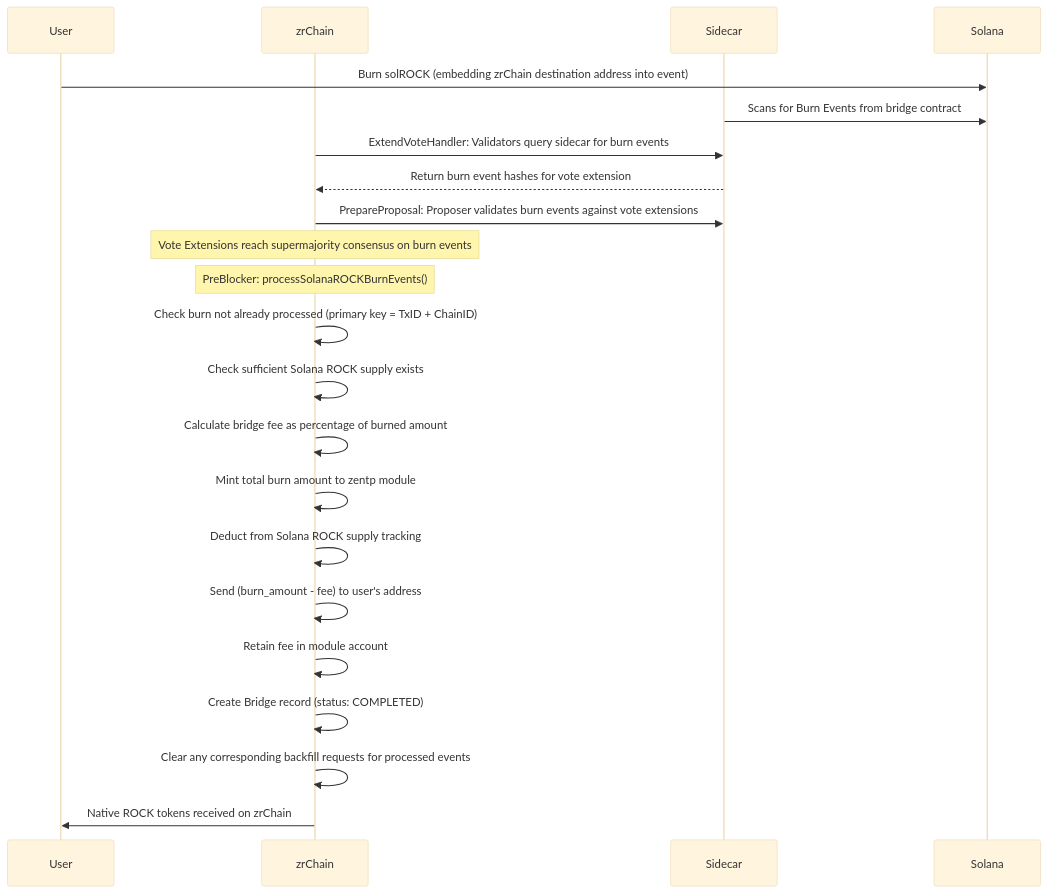
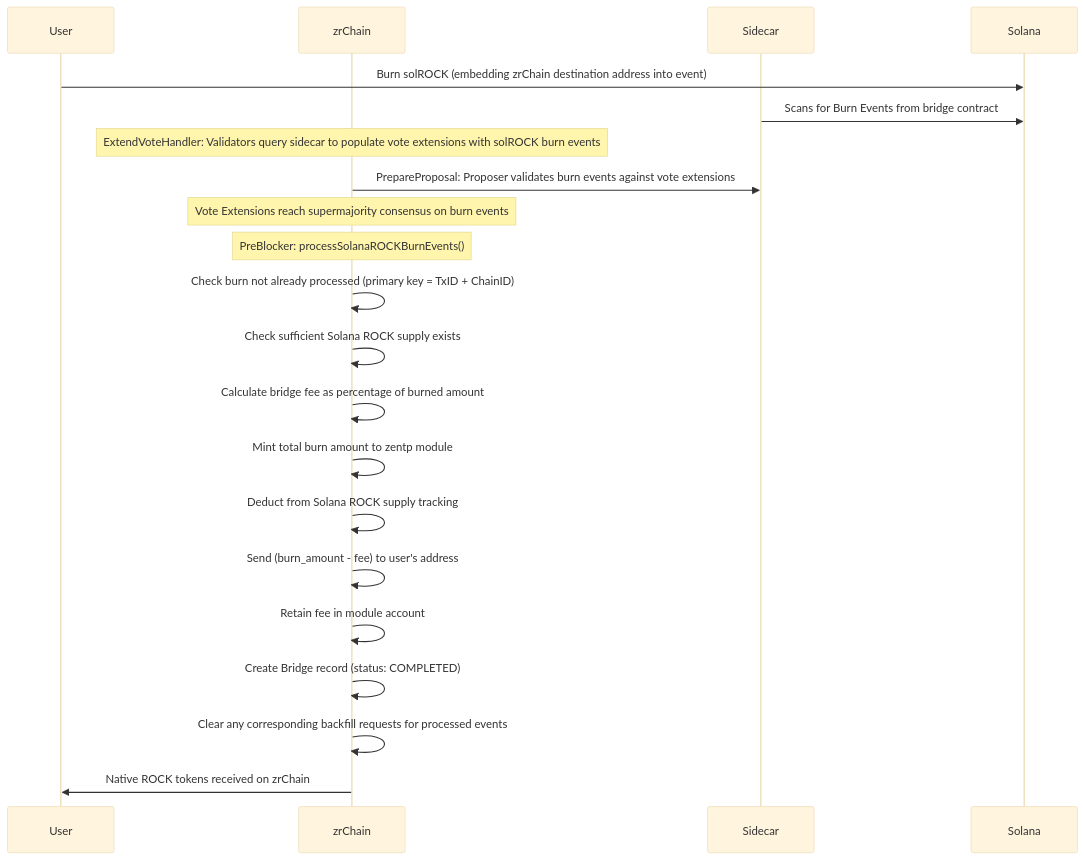
One commit to zenrocklabs/zrchain changed the fourth of 4 diagrams in docs/README.md. Above: the diagram before and after it, drawn with Mermaid (base theme). The commit also changed other lines of this file, not shown here.

````diff
--- a/docs/README.md
+++ b/docs/README.md
@@ -363,26 +341,25 @@
 ```mermaid
 sequenceDiagram
     participant User
     participant zrChain
     participant Sidecar
     participant Solana
 
     User->>Solana: Burn solROCK (embedding zrChain destination address into event)
     Sidecar->>Solana: Scans for Burn Events from bridge contract
-    zrChain->>Sidecar: ExtendVoteHandler: Validators query sidecar for burn events
-    Sidecar-->>zrChain: Return burn event hashes for vote extension
+    Note over zrChain: ExtendVoteHandler: Validators query sidecar to populate vote extensions with solROCK burn events
     zrChain->>Sidecar: PrepareProposal: Proposer validates burn events against vote extensions
     Note over zrChain: Vote Extensions reach supermajority consensus on burn events
 
     Note over zrChain: PreBlocker: processSolanaROCKBurnEvents()
     zrChain->>zrChain: Check burn not already processed (primary key = TxID + ChainID)
     zrChain->>zrChain: Check sufficient Solana ROCK supply exists
     zrChain->>zrChain: Calculate bridge fee as percentage of burned amount
     zrChain->>zrChain: Mint total burn amount to zentp module
     zrChain->>zrChain: Deduct from Solana ROCK supply tracking
     zrChain->>zrChain: Send (burn_amount - fee) to user's address
     zrChain->>zrChain: Retain fee in module account
     zrChain->>zrChain: Create Bridge record (status: COMPLETED)
     zrChain->>zrChain: Clear any corresponding backfill requests for processed events
     zrChain->>User: Native ROCK tokens received on zrChain
 ```
````
